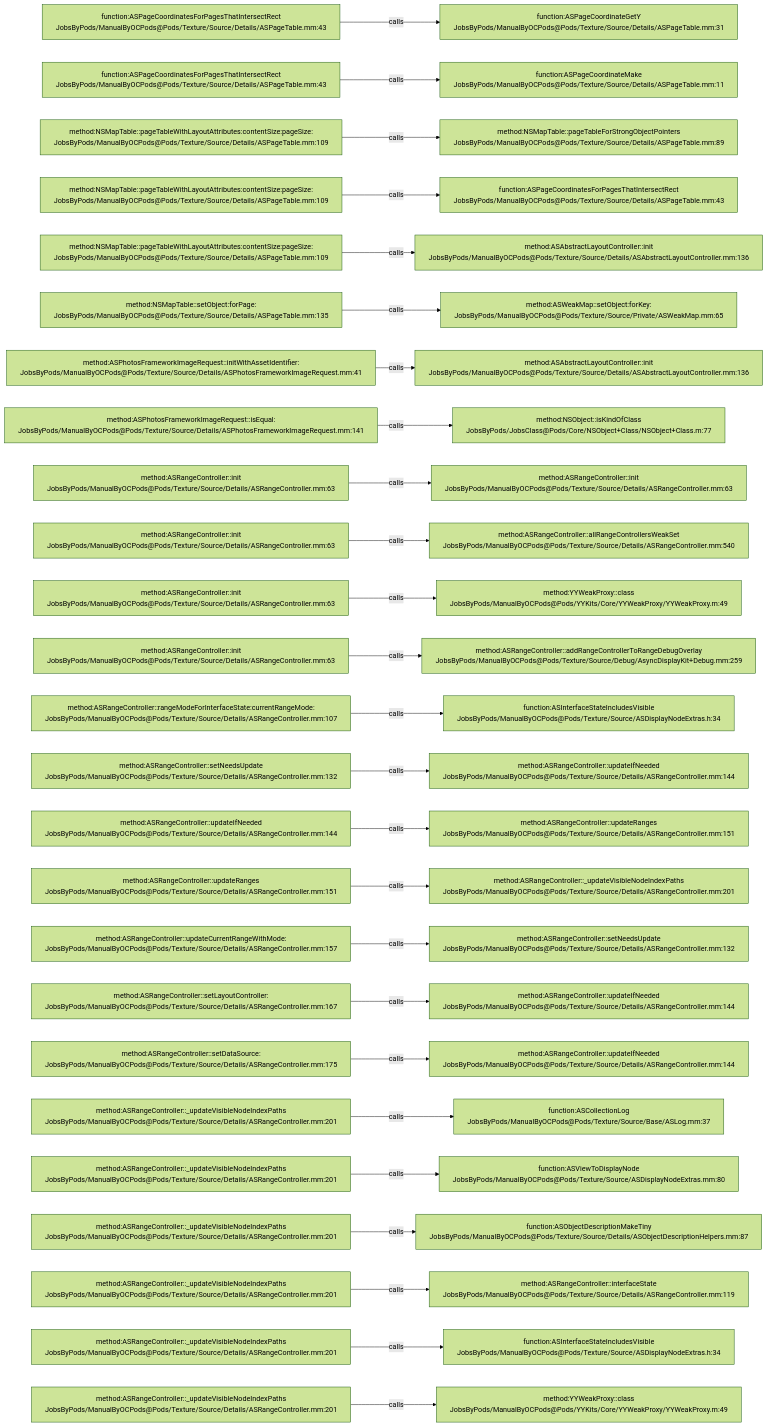
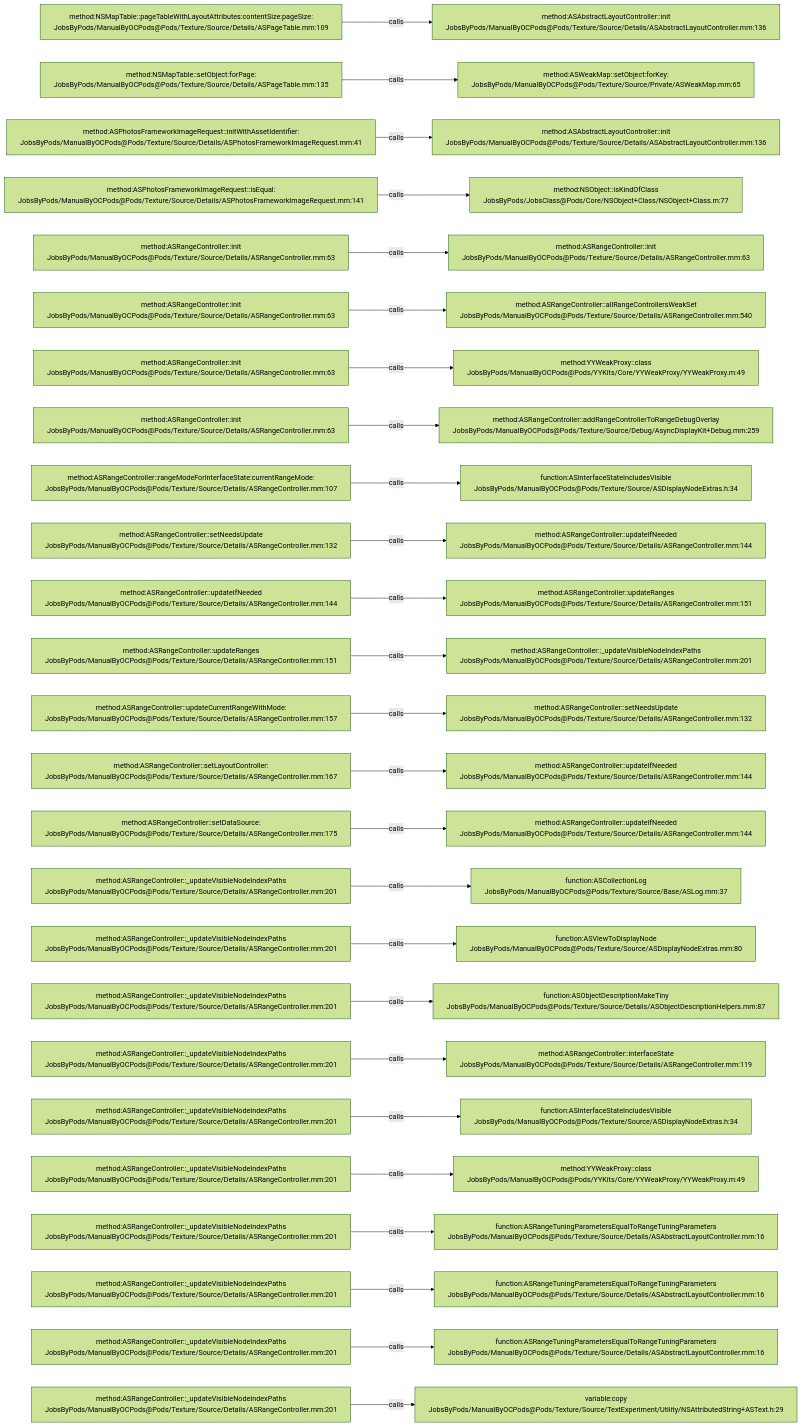
The diagram in .codegraph/codegraph.md/graphs/calls-161.md (JobsKits/JobsOCBaseConfigDemo), drawn with Mermaid (forest theme) before and after one commit. The commit also changed 727 other files, not shown here.

````diff
--- a/.codegraph/codegraph.md/graphs/calls-161.md
+++ b/.codegraph/codegraph.md/graphs/calls-161.md
@@ -13,78 +13,78 @@
 ```mermaid
 flowchart LR
-  S1["function:ASPageCoordinatesForPagesThatIntersectRect<br/>JobsByPods/ManualByOCPods@Pods/Texture/Source/Details/ASPageTable.mm:43"]
-  T1["function:ASPageCoordinateGetY<br/>JobsByPods/ManualByOCPods@Pods/Texture/Source/Details/ASPageTable.mm:31"]
+  S1["method:NSMapTable::pageTableWithLayoutAttributes:contentSize:pageSize:<br/>JobsByPods/ManualByOCPods@Pods/Texture/Source/Details/ASPageTable.mm:109"]
+  T1["method:ASAbstractLayoutController::init<br/>JobsByPods/ManualByOCPods@Pods/Texture/Source/Details/ASAbstractLayoutController.mm:136"]
   S1 -->|calls| T1
-  S2["function:ASPageCoordinatesForPagesThatIntersectRect<br/>JobsByPods/ManualByOCPods@Pods/Texture/Source/Details/ASPageTable.mm:43"]
-  T2["function:ASPageCoordinateMake<br/>JobsByPods/ManualByOCPods@Pods/Texture/Source/Details/ASPageTable.mm:11"]
+  S2["method:NSMapTable::setObject:forPage:<br/>JobsByPods/ManualByOCPods@Pods/Texture/Source/Details/ASPageTable.mm:135"]
+  T2["method:ASWeakMap::setObject:forKey:<br/>JobsByPods/ManualByOCPods@Pods/Texture/Source/Private/ASWeakMap.mm:65"]
   S2 -->|calls| T2
-  S3["method:NSMapTable::pageTableWithLayoutAttributes:contentSize:pageSize:<br/>JobsByPods/ManualByOCPods@Pods/Texture/Source/Details/ASPageTable.mm:109"]
-  T3["method:NSMapTable::pageTableForStrongObjectPointers<br/>JobsByPods/ManualByOCPods@Pods/Texture/Source/Details/ASPageTable.mm:89"]
+  S3["method:ASPhotosFrameworkImageRequest::initWithAssetIdentifier:<br/>JobsByPods/ManualByOCPods@Pods/Texture/Source/Details/ASPhotosFrameworkImageRequest.mm:41"]
+  T3["method:ASAbstractLayoutController::init<br/>JobsByPods/ManualByOCPods@Pods/Texture/Source/Details/ASAbstractLayoutController.mm:136"]
   S3 -->|calls| T3
-  S4["method:NSMapTable::pageTableWithLayoutAttributes:contentSize:pageSize:<br/>JobsByPods/ManualByOCPods@Pods/Texture/Source/Details/ASPageTable.mm:109"]
-  T4["function:ASPageCoordinatesForPagesThatIntersectRect<br/>JobsByPods/ManualByOCPods@Pods/Texture/Source/Details/ASPageTable.mm:43"]
+  S4["method:ASPhotosFrameworkImageRequest::isEqual:<br/>JobsByPods/ManualByOCPods@Pods/Texture/Source/Details/ASPhotosFrameworkImageRequest.mm:141"]
+  T4["method:NSObject::isKindOfClass<br/>JobsByPods/JobsClass@Pods/Core/NSObject+Class/NSObject+Class.m:77"]
   S4 -->|calls| T4
-  S5["method:NSMapTable::pageTableWithLayoutAttributes:contentSize:pageSize:<br/>JobsByPods/ManualByOCPods@Pods/Texture/Source/Details/ASPageTable.mm:109"]
-  T5["method:ASAbstractLayoutController::init<br/>JobsByPods/ManualByOCPods@Pods/Texture/Source/Details/ASAbstractLayoutController.mm:136"]
+  S5["method:ASRangeController::init<br/>JobsByPods/ManualByOCPods@Pods/Texture/Source/Details/ASRangeController.mm:63"]
+  T5["method:ASRangeController::init<br/>JobsByPods/ManualByOCPods@Pods/Texture/Source/Details/ASRangeController.mm:63"]
   S5 -->|calls| T5
-  S6["method:NSMapTable::setObject:forPage:<br/>JobsByPods/ManualByOCPods@Pods/Texture/Source/Details/ASPageTable.mm:135"]
-  T6["method:ASWeakMap::setObject:forKey:<br/>JobsByPods/ManualByOCPods@Pods/Texture/Source/Private/ASWeakMap.mm:65"]
+  S6["method:ASRangeController::init<br/>JobsByPods/ManualByOCPods@Pods/Texture/Source/Details/ASRangeController.mm:63"]
+  T6["method:ASRangeController::allRangeControllersWeakSet<br/>JobsByPods/ManualByOCPods@Pods/Texture/Source/Details/ASRangeController.mm:540"]
   S6 -->|calls| T6
-  S7["method:ASPhotosFrameworkImageRequest::initWithAssetIdentifier:<br/>JobsByPods/ManualByOCPods@Pods/Texture/Source/Details/ASPhotosFrameworkImageRequest.mm:41"]
-  T7["method:ASAbstractLayoutController::init<br/>JobsByPods/ManualByOCPods@Pods/Texture/Source/Details/ASAbstractLayoutController.mm:136"]
+  S7["method:ASRangeController::init<br/>JobsByPods/ManualByOCPods@Pods/Texture/Source/Details/ASRangeController.mm:63"]
+  T7["method:YYWeakProxy::class<br/>JobsByPods/ManualByOCPods@Pods/YYKits/Core/YYWeakProxy/YYWeakProxy.m:49"]
   S7 -->|calls| T7
-  S8["method:ASPhotosFrameworkImageRequest::isEqual:<br/>JobsByPods/ManualByOCPods@Pods/Texture/Source/Details/ASPhotosFrameworkImageRequest.mm:141"]
-  T8["method:NSObject::isKindOfClass<br/>JobsByPods/JobsClass@Pods/Core/NSObject+Class/NSObject+Class.m:77"]
+  S8["method:ASRangeController::init<br/>JobsByPods/ManualByOCPods@Pods/Texture/Source/Details/ASRangeController.mm:63"]
+  T8["method:ASRangeController::addRangeControllerToRangeDebugOverlay<br/>JobsByPods/ManualByOCPods@Pods/Texture/Source/Debug/AsyncDisplayKit+Debug.mm:259"]
   S8 -->|calls| T8
-  S9["method:ASRangeController::init<br/>JobsByPods/ManualByOCPods@Pods/Texture/Source/Details/ASRangeController.mm:63"]
-  T9["method:ASRangeController::init<br/>JobsByPods/ManualByOCPods@Pods/Texture/Source/Details/ASRangeController.mm:63"]
+  S9["method:ASRangeController::rangeModeForInterfaceState:currentRangeMode:<br/>JobsByPods/ManualByOCPods@Pods/Texture/Source/Details/ASRangeController.mm:107"]
+  T9["function:ASInterfaceStateIncludesVisible<br/>JobsByPods/ManualByOCPods@Pods/Texture/Source/ASDisplayNodeExtras.h:34"]
   S9 -->|calls| T9
-  S10["method:ASRangeController::init<br/>JobsByPods/ManualByOCPods@Pods/Texture/Source/Details/ASRangeController.mm:63"]
-  T10["method:ASRangeController::allRangeControllersWeakSet<br/>JobsByPods/ManualByOCPods@Pods/Texture/Source/Details/ASRangeController.mm:540"]
+  S10["method:ASRangeController::setNeedsUpdate<br/>JobsByPods/ManualByOCPods@Pods/Texture/Source/Details/ASRangeController.mm:132"]
+  T10["method:ASRangeController::updateIfNeeded<br/>JobsByPods/ManualByOCPods@Pods/Texture/Source/Details/ASRangeController.mm:144"]
   S10 -->|calls| T10
-  S11["method:ASRangeController::init<br/>JobsByPods/ManualByOCPods@Pods/Texture/Source/Details/ASRangeController.mm:63"]
-  T11["method:YYWeakProxy::class<br/>JobsByPods/ManualByOCPods@Pods/YYKits/Core/YYWeakProxy/YYWeakProxy.m:49"]
+  S11["method:ASRangeController::updateIfNeeded<br/>JobsByPods/ManualByOCPods@Pods/Texture/Source/Details/ASRangeController.mm:144"]
+  T11["method:ASRangeController::updateRanges<br/>JobsByPods/ManualByOCPods@Pods/Texture/Source/Details/ASRangeController.mm:151"]
   S11 -->|calls| T11
-  S12["method:ASRangeController::init<br/>JobsByPods/ManualByOCPods@Pods/Texture/Source/Details/ASRangeController.mm:63"]
-  T12["method:ASRangeController::addRangeControllerToRangeDebugOverlay<br/>JobsByPods/ManualByOCPods@Pods/Texture/Source/Debug/AsyncDisplayKit+Debug.mm:259"]
+  S12["method:ASRangeController::updateRanges<br/>JobsByPods/ManualByOCPods@Pods/Texture/Source/Details/ASRangeController.mm:151"]
+  T12["method:ASRangeController::_updateVisibleNodeIndexPaths<br/>JobsByPods/ManualByOCPods@Pods/Texture/Source/Details/ASRangeController.mm:201"]
   S12 -->|calls| T12
-  S13["method:ASRangeController::rangeModeForInterfaceState:currentRangeMode:<br/>JobsByPods/ManualByOCPods@Pods/Texture/Source/Details/ASRangeController.mm:107"]
-  T13["function:ASInterfaceStateIncludesVisible<br/>JobsByPods/ManualByOCPods@Pods/Texture/Source/ASDisplayNodeExtras.h:34"]
+  S13["method:ASRangeController::updateCurrentRangeWithMode:<br/>JobsByPods/ManualByOCPods@Pods/Texture/Source/Details/ASRangeController.mm:157"]
+  T13["method:ASRangeController::setNeedsUpdate<br/>JobsByPods/ManualByOCPods@Pods/Texture/Source/Details/ASRangeController.mm:132"]
   S13 -->|calls| T13
-  S14["method:ASRangeController::setNeedsUpdate<br/>JobsByPods/ManualByOCPods@Pods/Texture/Source/Details/ASRangeController.mm:132"]
+  S14["method:ASRangeController::setLayoutController:<br/>JobsByPods/ManualByOCPods@Pods/Texture/Source/Details/ASRangeController.mm:167"]
   T14["method:ASRangeController::updateIfNeeded<br/>JobsByPods/ManualByOCPods@Pods/Texture/Source/Details/ASRangeController.mm:144"]
   S14 -->|calls| T14
-  S15["method:ASRangeController::updateIfNeeded<br/>JobsByPods/ManualByOCPods@Pods/Texture/Source/Details/ASRangeController.mm:144"]
-  T15["method:ASRangeController::updateRanges<br/>JobsByPods/ManualByOCPods@Pods/Texture/Source/Details/ASRangeController.mm:151"]
+  S15["method:ASRangeController::setDataSource:<br/>JobsByPods/ManualByOCPods@Pods/Texture/Source/Details/ASRangeController.mm:175"]
+  T15["method:ASRangeController::updateIfNeeded<br/>JobsByPods/ManualByOCPods@Pods/Texture/Source/Details/ASRangeController.mm:144"]
   S15 -->|calls| T15
-  S16["method:ASRangeController::updateRanges<br/>JobsByPods/ManualByOCPods@Pods/Texture/Source/Details/ASRangeController.mm:151"]
-  T16["method:ASRangeController::_updateVisibleNodeIndexPaths<br/>JobsByPods/ManualByOCPods@Pods/Texture/Source/Details/ASRangeController.mm:201"]
+  S16["method:ASRangeController::_updateVisibleNodeIndexPaths<br/>JobsByPods/ManualByOCPods@Pods/Texture/Source/Details/ASRangeController.mm:201"]
+  T16["function:ASCollectionLog<br/>JobsByPods/ManualByOCPods@Pods/Texture/Source/Base/ASLog.mm:37"]
   S16 -->|calls| T16
-  S17["method:ASRangeController::updateCurrentRangeWithMode:<br/>JobsByPods/ManualByOCPods@Pods/Texture/Source/Details/ASRangeController.mm:157"]
-  T17["method:ASRangeController::setNeedsUpdate<br/>JobsByPods/ManualByOCPods@Pods/Texture/Source/Details/ASRangeController.mm:132"]
+  S17["method:ASRangeController::_updateVisibleNodeIndexPaths<br/>JobsByPods/ManualByOCPods@Pods/Texture/Source/Details/ASRangeController.mm:201"]
+  T17["function:ASViewToDisplayNode<br/>JobsByPods/ManualByOCPods@Pods/Texture/Source/ASDisplayNodeExtras.mm:80"]
   S17 -->|calls| T17
-  S18["method:ASRangeController::setLayoutController:<br/>JobsByPods/ManualByOCPods@Pods/Texture/Source/Details/ASRangeController.mm:167"]
-  T18["method:ASRangeController::updateIfNeeded<br/>JobsByPods/ManualByOCPods@Pods/Texture/Source/Details/ASRangeController.mm:144"]
+  S18["method:ASRangeController::_updateVisibleNodeIndexPaths<br/>JobsByPods/ManualByOCPods@Pods/Texture/Source/Details/ASRangeController.mm:201"]
+  T18["function:ASObjectDescriptionMakeTiny<br/>JobsByPods/ManualByOCPods@Pods/Texture/Source/Details/ASObjectDescriptionHelpers.mm:87"]
   S18 -->|calls| T18
-  S19["method:ASRangeController::setDataSource:<br/>JobsByPods/ManualByOCPods@Pods/Texture/Source/Details/ASRangeController.mm:175"]
-  T19["method:ASRangeController::updateIfNeeded<br/>JobsByPods/ManualByOCPods@Pods/Texture/Source/Details/ASRangeController.mm:144"]
+  S19["method:ASRangeController::_updateVisibleNodeIndexPaths<br/>JobsByPods/ManualByOCPods@Pods/Texture/Source/Details/ASRangeController.mm:201"]
+  T19["method:ASRangeController::interfaceState<br/>JobsByPods/ManualByOCPods@Pods/Texture/Source/Details/ASRangeController.mm:119"]
   S19 -->|calls| T19
   S20["method:ASRangeController::_updateVisibleNodeIndexPaths<br/>JobsByPods/ManualByOCPods@Pods/Texture/Source/Details/ASRangeController.mm:201"]
-  T20["function:ASCollectionLog<br/>JobsByPods/ManualByOCPods@Pods/Texture/Source/Base/ASLog.mm:37"]
+  T20["function:ASInterfaceStateIncludesVisible<br/>JobsByPods/ManualByOCPods@Pods/Texture/Source/ASDisplayNodeExtras.h:34"]
   S20 -->|calls| T20
   S21["method:ASRangeController::_updateVisibleNodeIndexPaths<br/>JobsByPods/ManualByOCPods@Pods/Texture/Source/Details/ASRangeController.mm:201"]
-  T21["function:ASViewToDisplayNode<br/>JobsByPods/ManualByOCPods@Pods/Texture/Source/ASDisplayNodeExtras.mm:80"]
+  T21["method:YYWeakProxy::class<br/>JobsByPods/ManualByOCPods@Pods/YYKits/Core/YYWeakProxy/YYWeakProxy.m:49"]
   S21 -->|calls| T21
   S22["method:ASRangeController::_updateVisibleNodeIndexPaths<br/>JobsByPods/ManualByOCPods@Pods/Texture/Source/Details/ASRangeController.mm:201"]
-  T22["function:ASObjectDescriptionMakeTiny<br/>JobsByPods/ManualByOCPods@Pods/Texture/Source/Details/ASObjectDescriptionHelpers.mm:87"]
+  T22["function:ASRangeTuningParametersEqualToRangeTuningParameters<br/>JobsByPods/ManualByOCPods@Pods/Texture/Source/Details/ASAbstractLayoutController.mm:16"]
   S22 -->|calls| T22
   S23["method:ASRangeController::_updateVisibleNodeIndexPaths<br/>JobsByPods/ManualByOCPods@Pods/Texture/Source/Details/ASRangeController.mm:201"]
-  T23["method:ASRangeController::interfaceState<br/>JobsByPods/ManualByOCPods@Pods/Texture/Source/Details/ASRangeController.mm:119"]
+  T23["function:ASRangeTuningParametersEqualToRangeTuningParameters<br/>JobsByPods/ManualByOCPods@Pods/Texture/Source/Details/ASAbstractLayoutController.mm:16"]
   S23 -->|calls| T23
   S24["method:ASRangeController::_updateVisibleNodeIndexPaths<br/>JobsByPods/ManualByOCPods@Pods/Texture/Source/Details/ASRangeController.mm:201"]
-  T24["function:ASInterfaceStateIncludesVisible<br/>JobsByPods/ManualByOCPods@Pods/Texture/Source/ASDisplayNodeExtras.h:34"]
+  T24["function:ASRangeTuningParametersEqualToRangeTuningParameters<br/>JobsByPods/ManualByOCPods@Pods/Texture/Source/Details/ASAbstractLayoutController.mm:16"]
   S24 -->|calls| T24
   S25["method:ASRangeController::_updateVisibleNodeIndexPaths<br/>JobsByPods/ManualByOCPods@Pods/Texture/Source/Details/ASRangeController.mm:201"]
-  T25["method:YYWeakProxy::class<br/>JobsByPods/ManualByOCPods@Pods/YYKits/Core/YYWeakProxy/YYWeakProxy.m:49"]
+  T25["variable:copy<br/>JobsByPods/ManualByOCPods@Pods/Texture/Source/TextExperiment/Utility/NSAttributedString+ASText.h:29"]
   S25 -->|calls| T25
 ```
````
